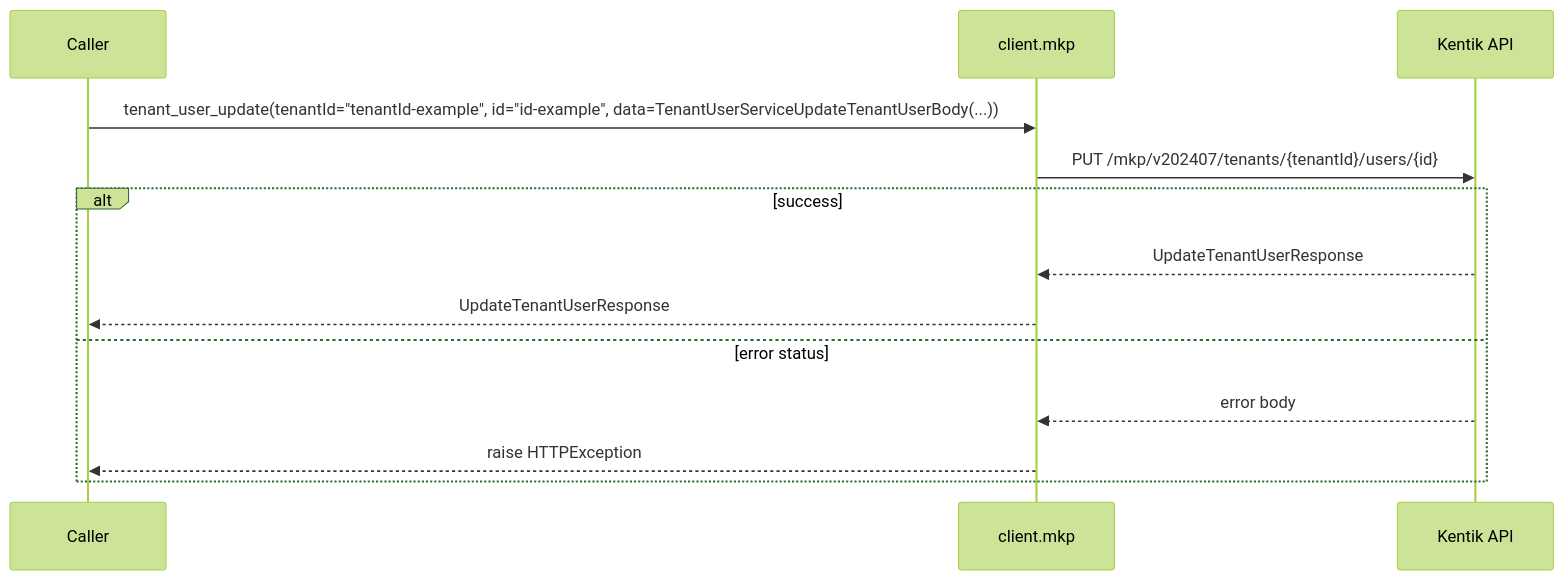
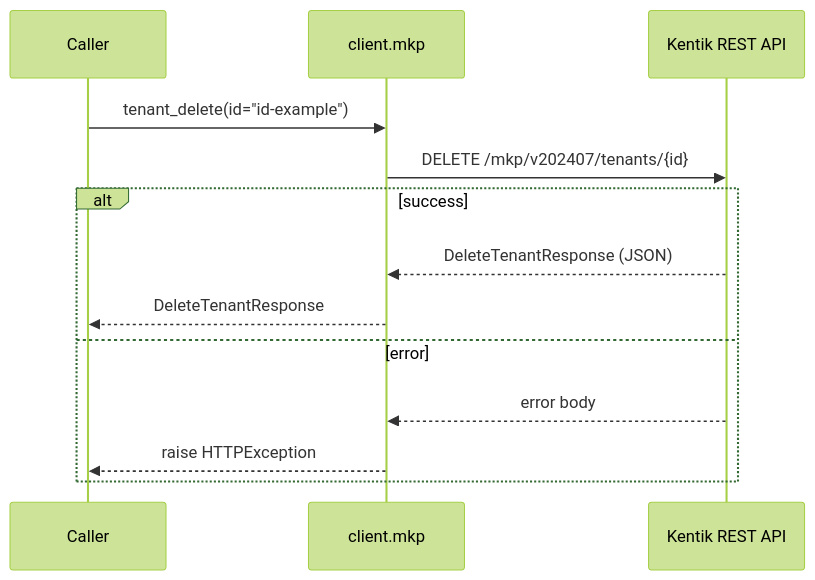
Diagram 20 of 30 in docs/sphinx/services/mkp.md (alexdearaujo/community_sdk_python), drawn with Mermaid (forest theme) before and after one commit. The commit also changed other lines of this file and 61 other files, not shown here.

````diff
--- a/docs/sphinx/services/mkp.md
+++ b/docs/sphinx/services/mkp.md
@@ -625,16 +700,16 @@
 ```mermaid
 sequenceDiagram
     participant C as Caller
     participant W as client.mkp
-    participant API as Kentik API
+    participant API as Kentik REST API
 
-    C->>W: tenant_user_update(tenantId="tenantId-example", id="id-example", data=TenantUserServiceUpdateTenantUserBody(...))
-    W->>API: PUT /mkp/v202407/tenants/{tenantId}/users/{id}
+    C->>W: tenant_delete(id="id-example")
+    W->>API: DELETE /mkp/v202407/tenants/{id}
     alt success
-        API-->>W: UpdateTenantUserResponse
-        W-->>C: UpdateTenantUserResponse
-    else error status
+        API-->>W: DeleteTenantResponse (JSON)
+        W-->>C: DeleteTenantResponse
+    else error
         API-->>W: error body
         W-->>C: raise HTTPException
     end
 ```
````
